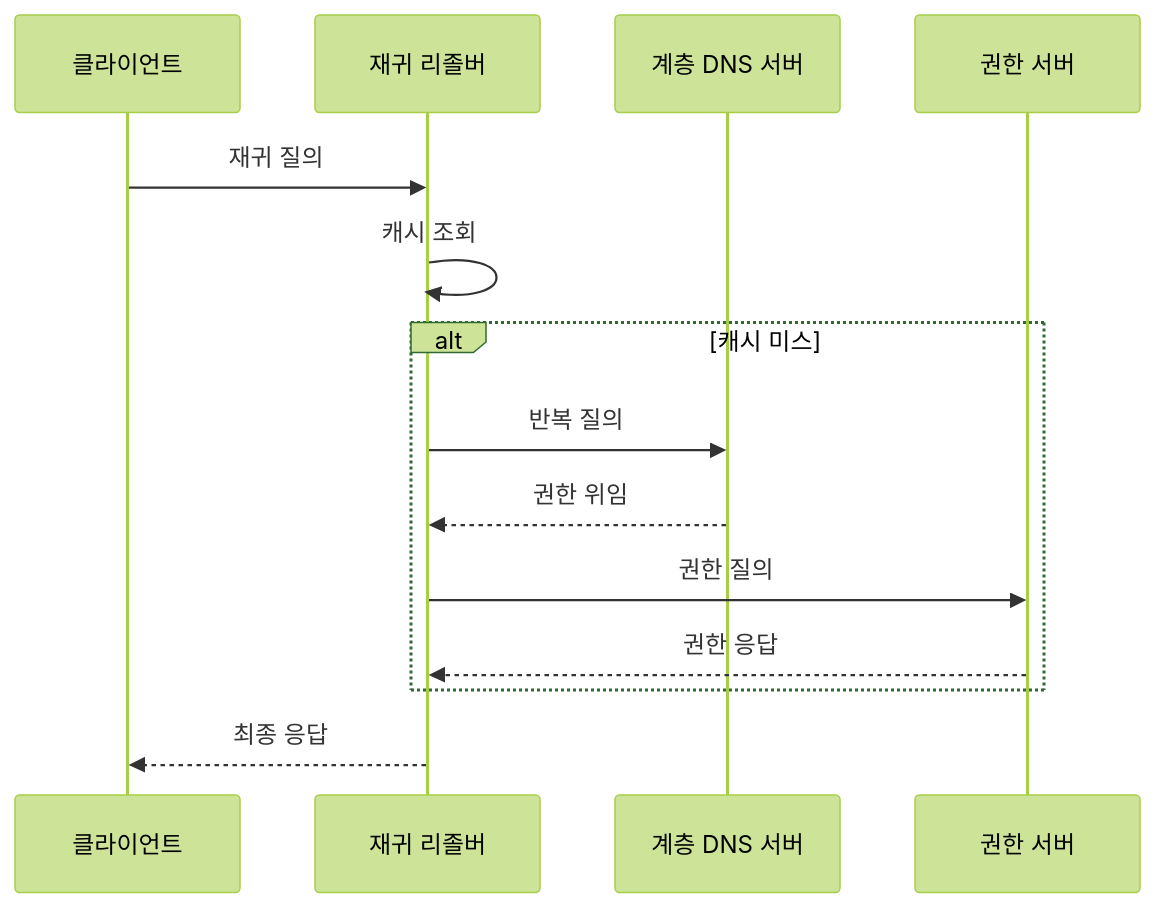
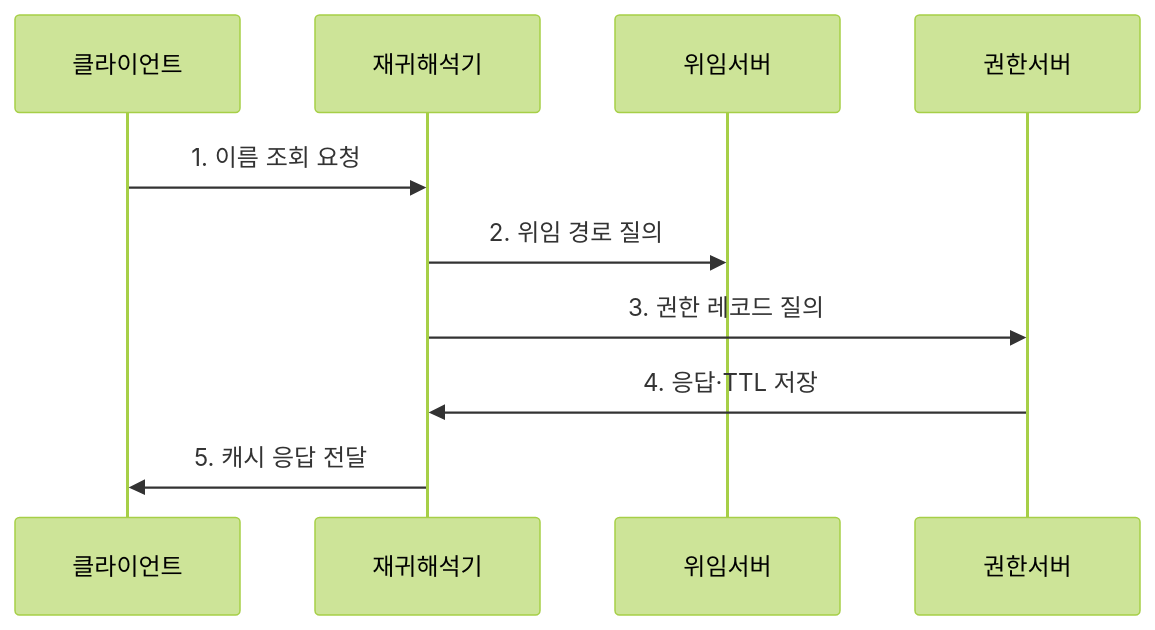
Before and after one commit to agnusdei1207/knowledge-base: the second of 2 diagrams in src/content/docs/notes/04-network/008_dns_domain_name_system.md, drawn with Mermaid (forest theme). The commit also changed other lines of this file and 20 other files, not shown here.

````diff
--- a/src/content/docs/notes/04-network/008_dns_domain_name_system.md
+++ b/src/content/docs/notes/04-network/008_dns_domain_name_system.md
@@ -81,16 +88,12 @@
 ```mermaid
 sequenceDiagram
-    participant C as 클라이언트
-    participant R as 재귀 리졸버
-    participant H as 계층 DNS 서버
-    participant A as 권한 서버
-    C->>R: 재귀 질의
-    R->>R: 캐시 조회
-    alt 캐시 미스
-        R->>H: 반복 질의
-        H-->>R: 권한 위임
-        R->>A: 권한 질의
-        A-->>R: 권한 응답
-    end
-    R-->>C: 최종 응답
+    participant 클라이언트
+    participant 재귀해석기
+    participant 위임서버
+    participant 권한서버
+    클라이언트->>재귀해석기: 1. 이름 조회 요청
+    재귀해석기->>위임서버: 2. 위임 경로 질의
+    재귀해석기->>권한서버: 3. 권한 레코드 질의
+    권한서버->>재귀해석기: 4. 응답·TTL 저장
+    재귀해석기->>클라이언트: 5. 캐시 응답 전달
 ```
````
